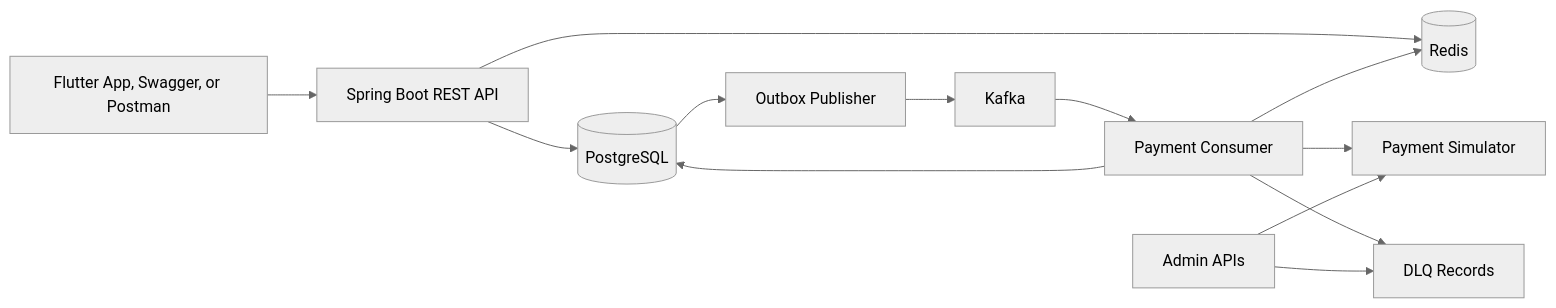
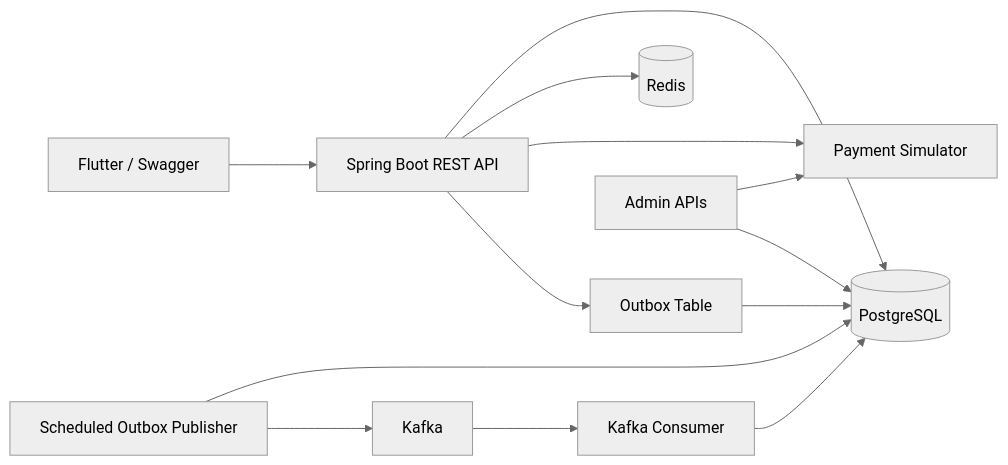
The diagram in docs/architecture.md (ammardev42-max/spay-payment-simulator), drawn with Mermaid (neutral theme) before and after one commit. The commit also changed other lines of this file and 12 other files, not shown here.

````diff
--- a/docs/architecture.md
+++ b/docs/architecture.md
@@ -113,26 +42,26 @@
 ```mermaid
 flowchart LR
-    client["Flutter App, Swagger, or Postman"]
+    client["Flutter / Swagger"]
     api["Spring Boot REST API"]
     postgres[("PostgreSQL")]
     redis[("Redis")]
-    outbox["Outbox Publisher"]
+    simulator["Payment Simulator"]
+    outbox["Outbox Table"]
+    publisher["Scheduled Outbox Publisher"]
     kafka["Kafka"]
-    worker["Payment Consumer"]
-    simulator["Payment Simulator"]
-    dlq["DLQ Records"]
+    consumer["Kafka Consumer"]
     admin["Admin APIs"]
 
     client --> api
     api --> postgres
     api --> redis
-    postgres --> outbox
-    outbox --> kafka
-    kafka --> worker
-    worker --> redis
-    worker --> postgres
-    worker --> simulator
-    worker --> dlq
+    api --> simulator
+    api --> outbox
+    outbox --> postgres
+    publisher --> postgres
+    publisher --> kafka
+    kafka --> consumer
+    consumer --> postgres
     admin --> simulator
-    admin --> dlq
+    admin --> postgres
 ```
````
